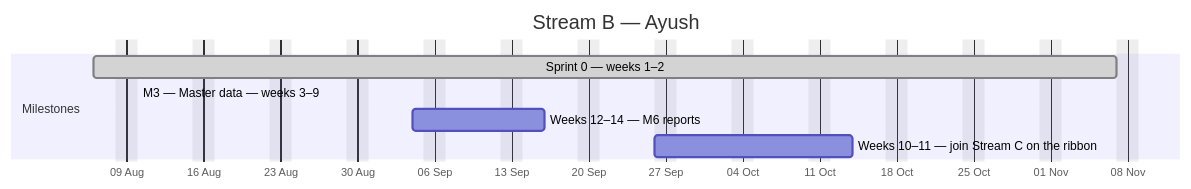
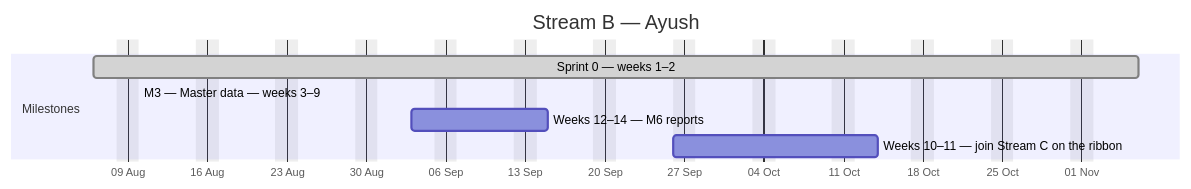
Before and after one commit to debashisedunext/EduTrack: the second of 4 diagrams in docs/plan/GANTT.md, drawn with Mermaid. The commit also changed other lines of this file and 3 other files, not shown here.

````diff
--- a/docs/plan/GANTT.md
+++ b/docs/plan/GANTT.md
@@ -130,12 +129,12 @@
 ```mermaid
 gantt
     dateFormat YYYY-MM-DD
     axisFormat %d %b
     title Stream B — Ayush
     excludes weekends
     section Milestones
-    Sprint 0 — weeks 1–2 :done, b0, 2026-08-06, 67d
-    M3 — Master data — weeks 3–9 :active, b1, 2026-08-10, -21d
-    Weeks 12–14 — M6 reports :b2, 2026-09-04, 8d
+    Sprint 0 — weeks 1–2 :done, b0, 2026-08-06, 66d
+    M3 — Master data — weeks 3–9 :active, b1, 2026-08-10, -20d
+    Weeks 12–14 — M6 reports :b2, 2026-09-03, 8d
     Weeks 10–11 — join Stream C on the ribbon :b3, 2026-09-26, 13d
 ```
````
